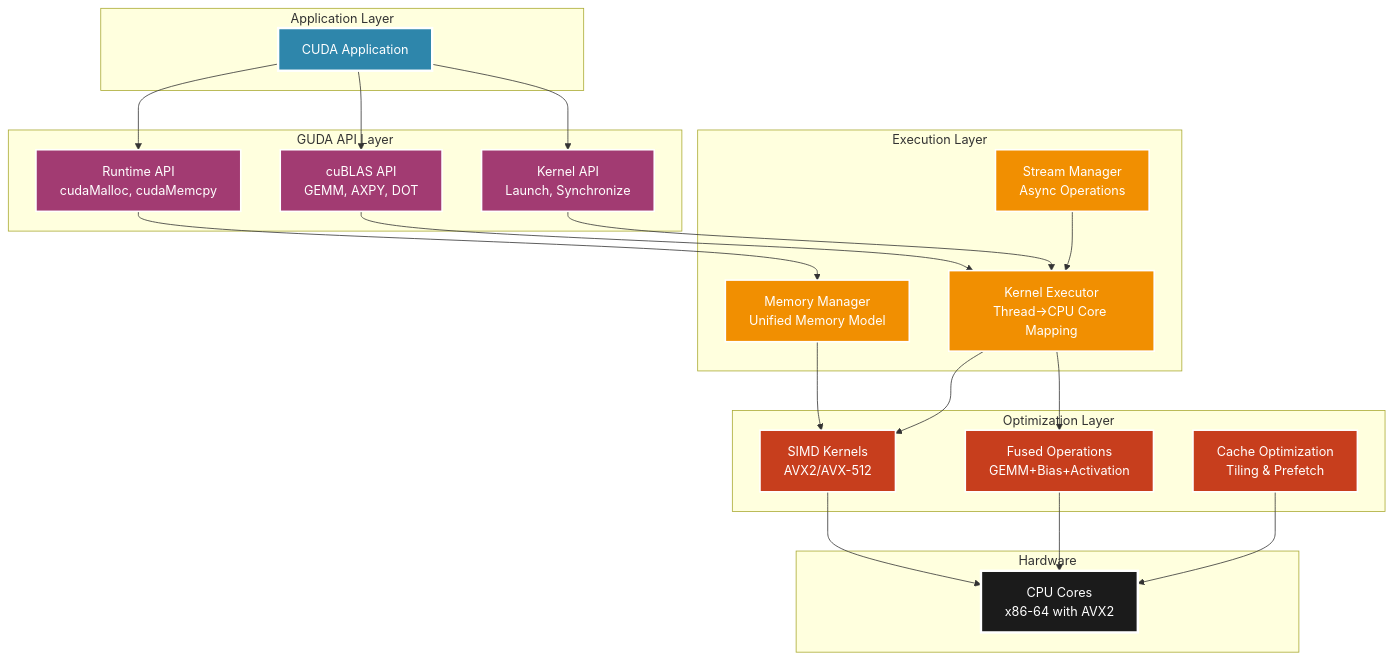
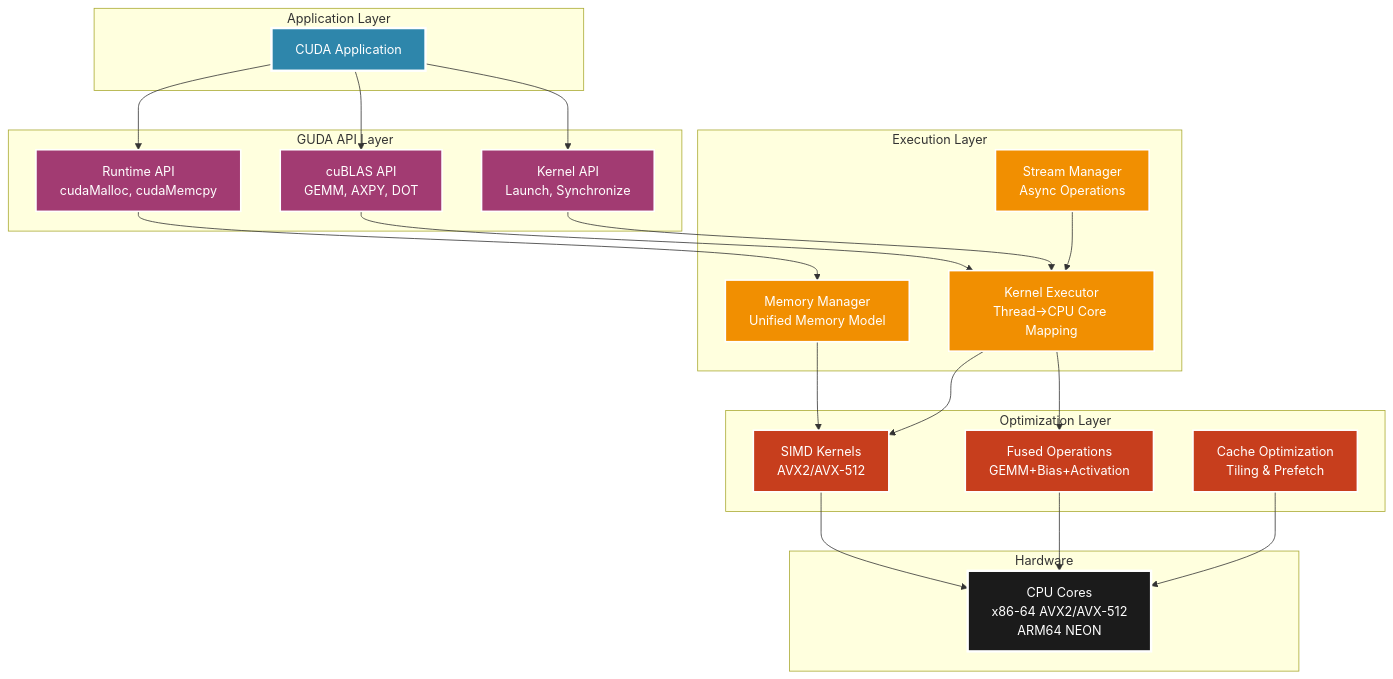
The first of 4 diagrams in README.md (LynnColeArt/guda), drawn with Mermaid before and after one commit. The commit also changed other lines of this file and 4 other files, not shown here.

First line of the commit message:
feat: Add ARM64 architecture-aware floating-point tolerance support

````diff
--- a/README.md
+++ b/README.md
@@ -92,58 +93,58 @@
 ```mermaid
 graph TB
     subgraph "Application Layer"
         APP[CUDA Application]
     end
     
     subgraph "GUDA API Layer"
         RT[Runtime API<br/>cudaMalloc, cudaMemcpy]
         BLAS[cuBLAS API<br/>GEMM, AXPY, DOT]
         KERNEL[Kernel API<br/>Launch, Synchronize]
     end
     
     subgraph "Execution Layer"
         MEM[Memory Manager<br/>Unified Memory Model]
         EXEC[Kernel Executor<br/>Thread→CPU Core Mapping]
         STREAM[Stream Manager<br/>Async Operations]
     end
     
     subgraph "Optimization Layer"
         SIMD[SIMD Kernels<br/>AVX2/AVX-512]
         FUSED[Fused Operations<br/>GEMM+Bias+Activation]
         CACHE[Cache Optimization<br/>Tiling & Prefetch]
     end
     
     subgraph "Hardware"
-        CPU[CPU Cores<br/>x86-64 with AVX2]
+        CPU[CPU Cores<br/>x86-64 AVX2/AVX-512<br/>ARM64 NEON]
     end
     
     APP --> RT
     APP --> BLAS
     APP --> KERNEL
     
     RT --> MEM
     BLAS --> EXEC
     KERNEL --> EXEC
     
     MEM --> SIMD
     EXEC --> SIMD
     EXEC --> FUSED
     STREAM --> EXEC
     
     SIMD --> CPU
     FUSED --> CPU
     CACHE --> CPU
     
     %% High contrast styling for accessibility
     classDef appLayer fill:#2E86AB,stroke:#ffffff,stroke-width:3px,color:#ffffff
     classDef apiLayer fill:#A23B72,stroke:#ffffff,stroke-width:2px,color:#ffffff
     classDef execLayer fill:#F18F01,stroke:#ffffff,stroke-width:2px,color:#ffffff
     classDef optLayer fill:#C73E1D,stroke:#ffffff,stroke-width:2px,color:#ffffff
     classDef hwLayer fill:#1B1B1B,stroke:#ffffff,stroke-width:3px,color:#ffffff
     
     class APP appLayer
     class RT,BLAS,KERNEL apiLayer
     class MEM,EXEC,STREAM execLayer
     class SIMD,FUSED,CACHE optLayer
     class CPU hwLayer
 ```
````
